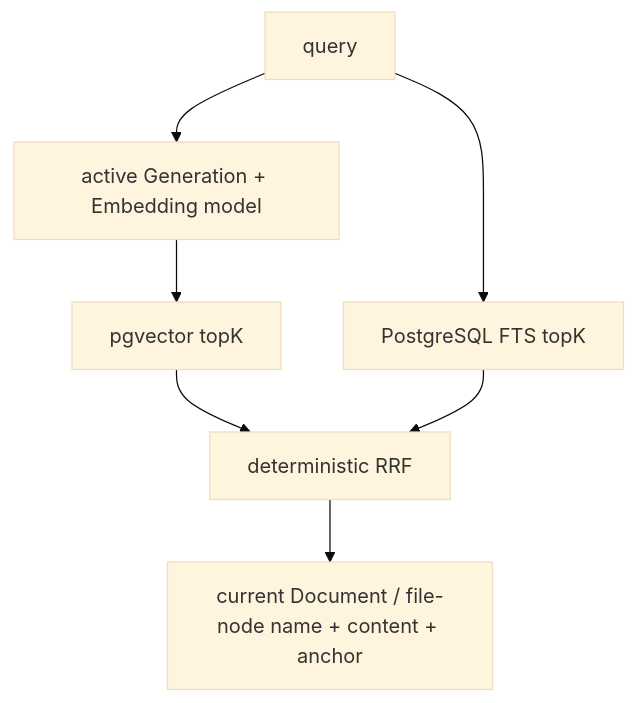
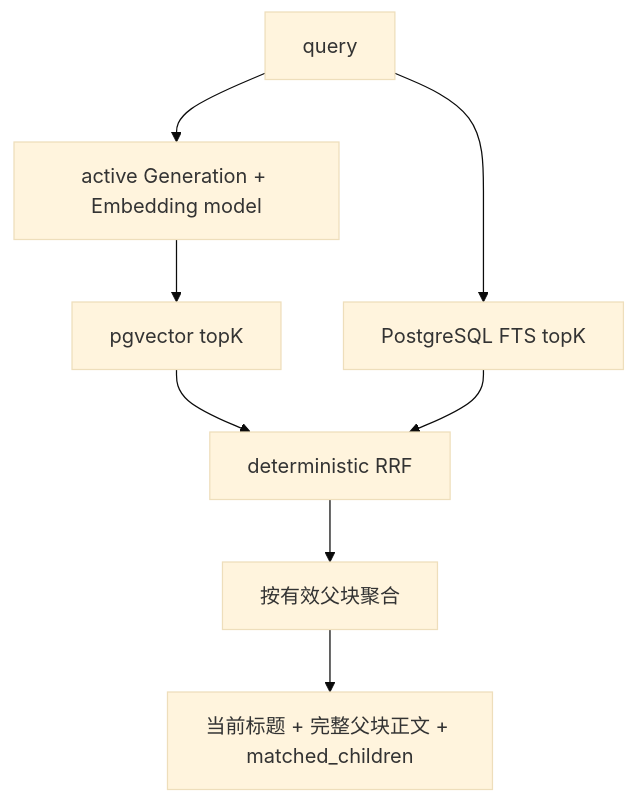
One commit to amoydavid/langhuan changed the sixth of 6 diagrams in docs/ARCHITECTURE.md. Above: the diagram before and after it, drawn with Mermaid (base theme). The commit also changed other lines of this file and 3 other files, not shown here.

````diff
--- a/docs/ARCHITECTURE.md
+++ b/docs/ARCHITECTURE.md
@@ -165,16 +175,17 @@
 ```mermaid
 flowchart TD
     Query["query"]
     Resolve["active Generation + Embedding model"]
     Vector["pgvector topK"]
     FTS["PostgreSQL FTS topK"]
     RRF["deterministic RRF"]
-    Evidence["current Document / file-node name + content + anchor"]
+    Group["按有效父块聚合"]
+    Evidence["当前标题 + 完整父块正文 + matched_children"]
 
     Query --> Resolve
     Resolve --> Vector
     Query --> FTS
     Vector --> RRF
     FTS --> RRF
-    RRF --> Evidence
+    RRF --> Group --> Evidence
 ```
````
